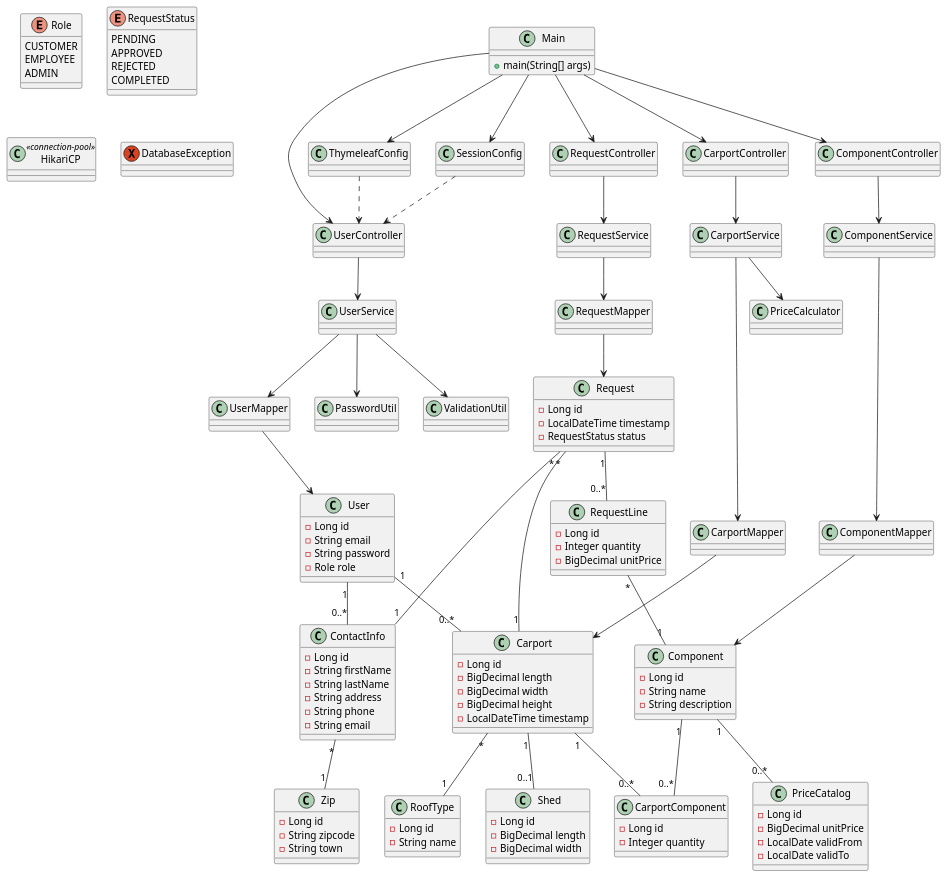
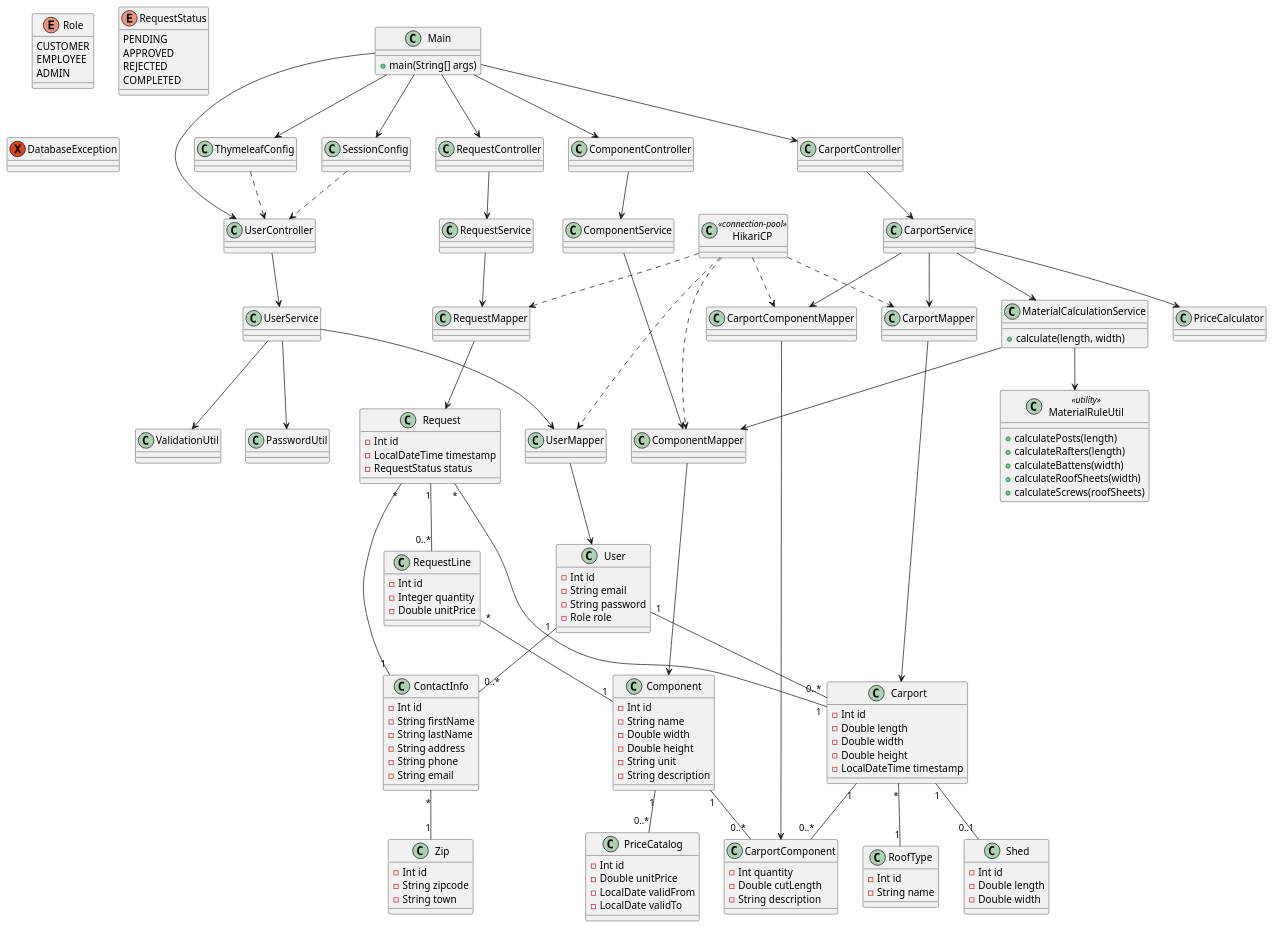
The diagram in docs/Models/ClassDiagram.puml (LoveBytes25/Carport), drawn with PlantUML before and after one commit.

Commit message:
updated class diagram UML

```diff
--- a/docs/Models/ClassDiagram.puml
+++ b/docs/Models/ClassDiagram.puml
@@ -17,6 +17,8 @@
 
 class SessionConfig {
 }
+
+class HikariCP <<connection-pool>>
 
 ' =========================
 ' ENUMS
@@ -40,14 +42,14 @@
 ' =========================
 
 class User {
-  - Long id
+  - Int id
   - String email
   - String password
   - Role role
 }
 
 class ContactInfo {
-  - Long id
+  - Int id
   - String firstName
   - String lastName
   - String address
@@ -56,57 +58,61 @@
 }
 
 class Zip {
-  - Long id
+  - Int id
   - String zipcode
   - String town
 }
 
 class Request {
-  - Long id
+  - Int id
   - LocalDateTime timestamp
   - RequestStatus status
 }
 
 class RequestLine {
-  - Long id
+  - Int id
   - Integer quantity
-  - BigDecimal unitPrice
+  - Double unitPrice
 }
 
 class Component {
-  - Long id
+  - Int id
   - String name
+  - Double width
+  - Double height
+  - String unit
   - String description
 }
 
 class PriceCatalog {
-  - Long id
-  - BigDecimal unitPrice
+  - Int id
+  - Double unitPrice
   - LocalDate validFrom
   - LocalDate validTo
 }
 
 class Carport {
-  - Long id
-  - BigDecimal length
-  - BigDecimal width
-  - BigDecimal height
+  - Int id
+  - Double length
+  - Double width
+  - Double height
   - LocalDateTime timestamp
 }
 
 class CarportComponent {
-  - Long id
-  - Integer quantity
+  - Int quantity
+  - Double cutLength
+  - String description
 }
 
 class Shed {
-  - Long id
-  - BigDecimal length
-  - BigDecimal width
+  - Int id
+  - Double length
+  - Double width
 }
 
 class RoofType {
-  - Long id
+  - Int id
   - String name
 }
 
@@ -116,19 +122,25 @@
 
 class UserMapper
 class CarportMapper
+class CarportComponentMapper
 class RequestMapper
 class ComponentMapper
-
-class HikariCP <<connection-pool>>
 
 ' =========================
 ' SERVICES
 ' =========================
 
 class UserService
+
 class CarportService
+
 class RequestService
+
 class ComponentService
+
+class MaterialCalculationService {
+  + calculate(length, width)
+}
 
 ' =========================
 ' CONTROLLERS
@@ -144,8 +156,18 @@
 ' =========================
 
 class PasswordUtil
+
 class PriceCalculator
+
 class ValidationUtil
+
+class MaterialRuleUtil <<utility>> {
+  + calculatePosts(length)
+  + calculateRafters(length)
+  + calculateBattens(width)
+  + calculateRoofSheets(width)
+  + calculateScrews(roofSheets)
+}
 
 ' =========================
 ' EXCEPTIONS
@@ -190,9 +212,17 @@
 ' =========================
 
 UserService --> UserMapper
+
 CarportService --> CarportMapper
+CarportService --> CarportComponentMapper
+CarportService --> MaterialCalculationService
+
 RequestService --> RequestMapper
+
 ComponentService --> ComponentMapper
+
+MaterialCalculationService --> ComponentMapper
+MaterialCalculationService --> MaterialRuleUtil
 
 ' =========================
 ' MAPPERS -> ENTITIES
@@ -200,6 +230,7 @@
 
 UserMapper --> User
 CarportMapper --> Carport
+CarportComponentMapper --> CarportComponent
 RequestMapper --> Request
 ComponentMapper --> Component
 
@@ -208,8 +239,9 @@
 ' =========================
 
 UserService --> PasswordUtil
+UserService --> ValidationUtil
+
 CarportService --> PriceCalculator
-UserService --> ValidationUtil
 
 ' =========================
 ' CONFIG
@@ -218,12 +250,19 @@
 SessionConfig ..> UserController
 ThymeleafConfig ..> UserController
 
+HikariCP ..> UserMapper
+HikariCP ..> CarportMapper
+HikariCP ..> RequestMapper
+HikariCP ..> ComponentMapper
+HikariCP ..> CarportComponentMapper
+
 ' =========================
 ' APPLICATION
 ' =========================
 
 Main --> ThymeleafConfig
 Main --> SessionConfig
+
 Main --> UserController
 Main --> CarportController
 Main --> RequestController
```
